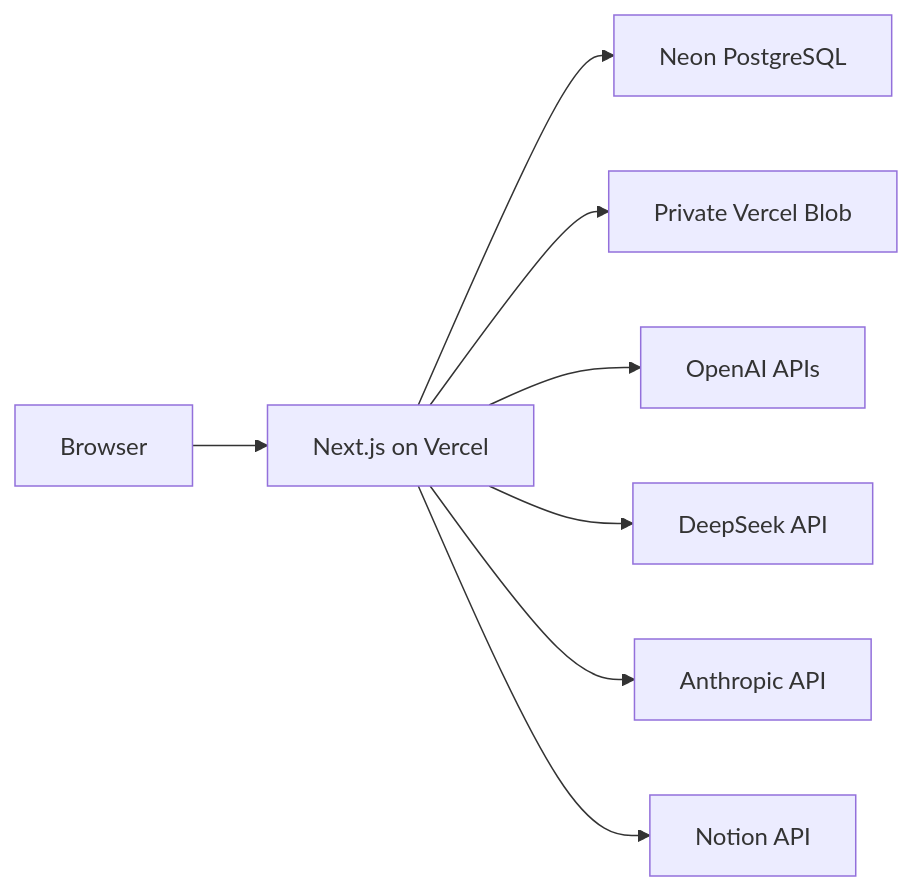
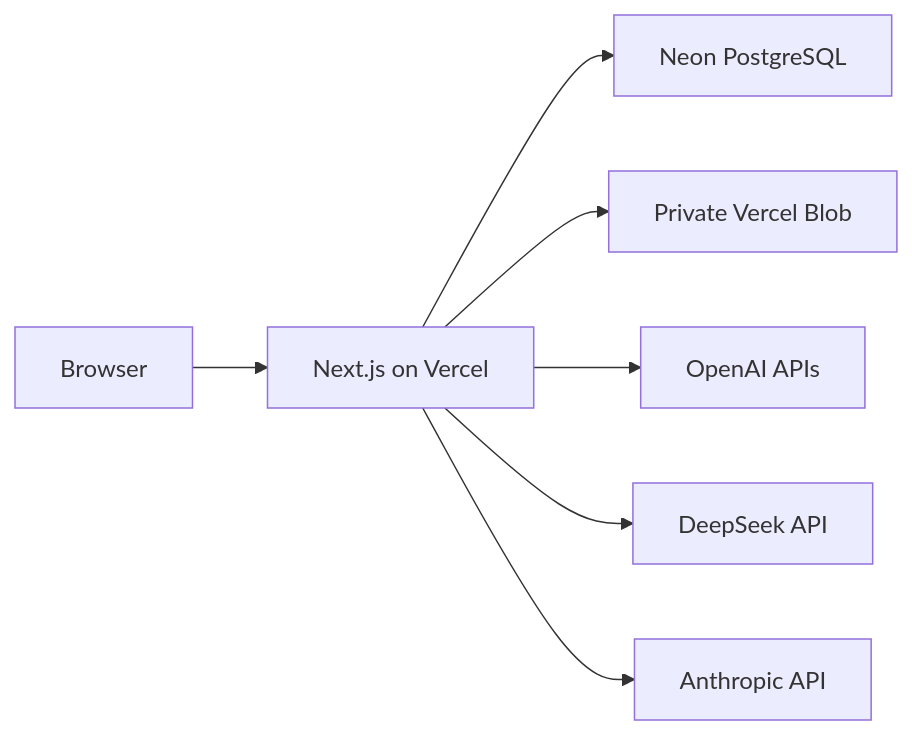
Before and after one commit to kakumine2001/NoteFable: the diagram in README.md, drawn with Mermaid. The commit also changed other lines of this file and 36 other files, not shown here.

````diff
--- a/README.md
+++ b/README.md
@@ -33,19 +33,17 @@
 ```mermaid
 flowchart LR
     Browser["Browser"]
     App["Next.js on Vercel"]
     Neon["Neon PostgreSQL"]
     Blob["Private Vercel Blob"]
     OpenAI["OpenAI APIs"]
     DeepSeek["DeepSeek API"]
     Anthropic["Anthropic API"]
-    Notion["Notion API"]
 
     Browser --> App
     App --> Neon
     App --> Blob
     App --> OpenAI
     App --> DeepSeek
     App --> Anthropic
-    App --> Notion
 ```
````
